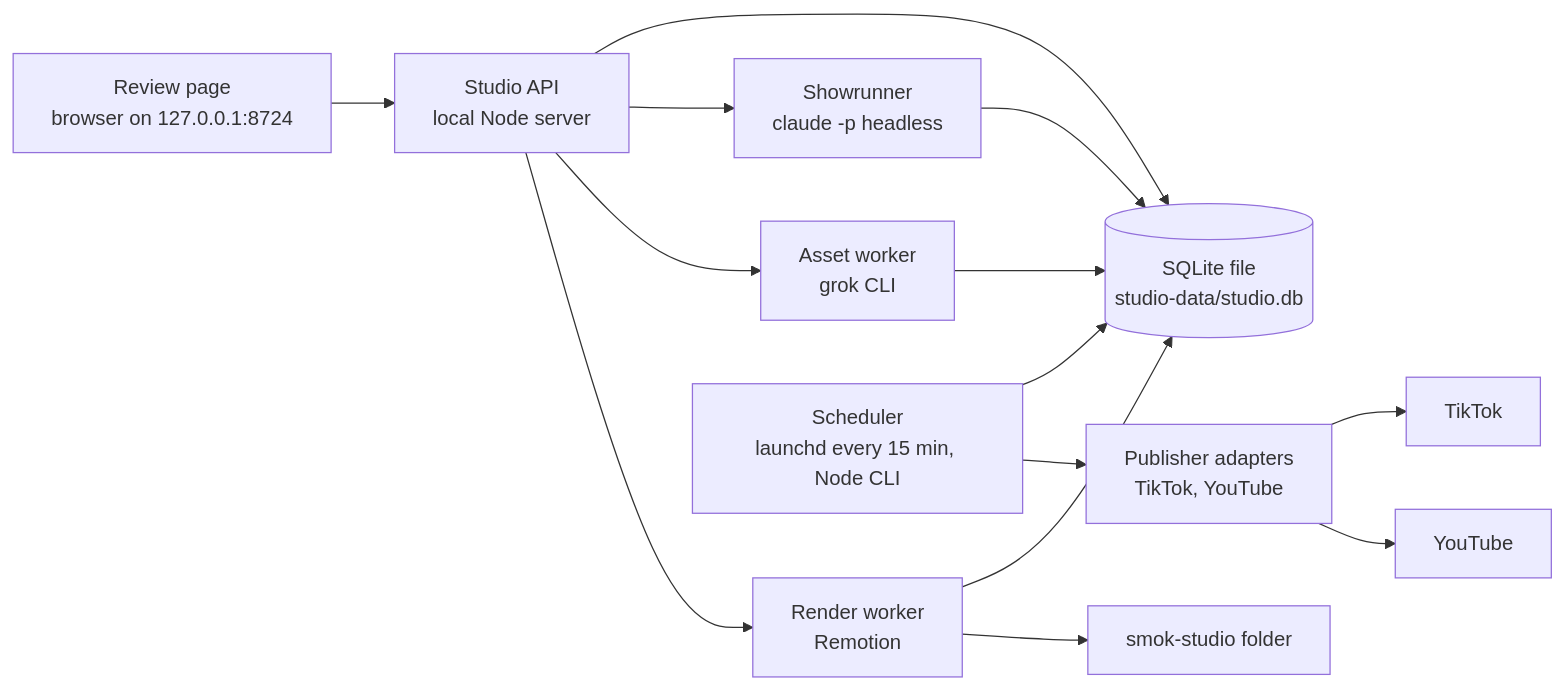
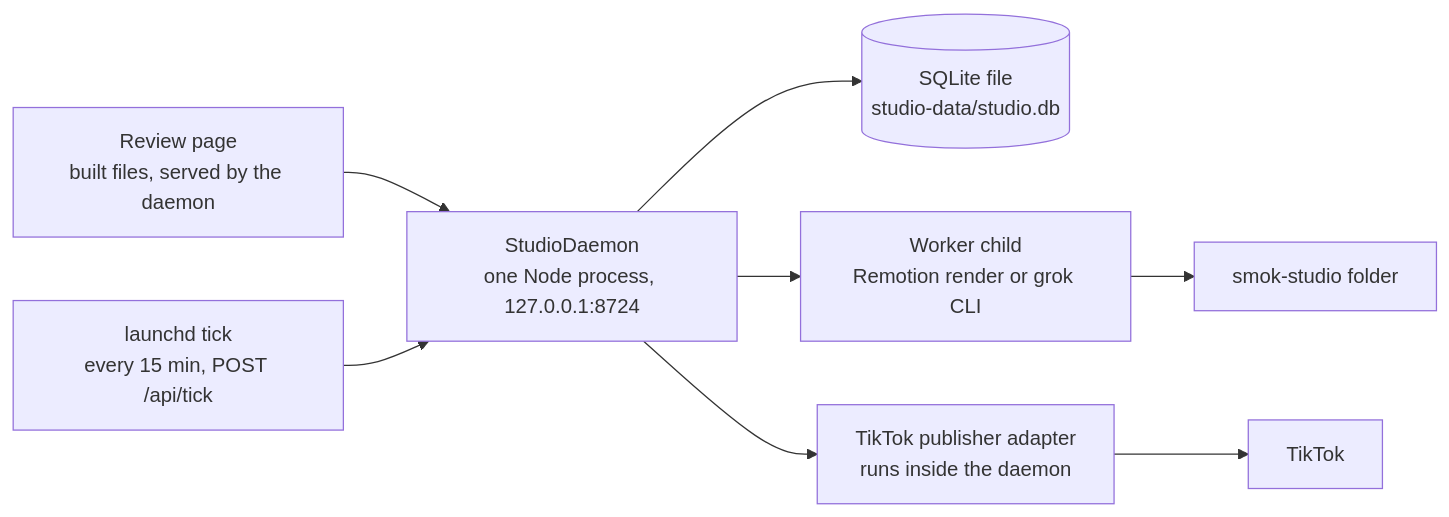
Before and after one commit to hrco/_smokrates-studio: the second of 2 diagrams in docs/architecture.md, drawn with Mermaid. The commit also changed other lines of this file and 15 other files, not shown here.

First line of the commit message:
docs: cut cycle 1 to one daemon per architecture review

````diff
--- a/docs/architecture.md
+++ b/docs/architecture.md
@@ -57,27 +54,18 @@
 ```mermaid
 flowchart LR
-  browser[Review page<br/>browser on 127.0.0.1:8724]
-  api[Studio API<br/>local Node server]
+  browser[Review page<br/>built files, served by the daemon]
+  tick[launchd tick<br/>every 15 min, POST /api/tick]
+  daemon[StudioDaemon<br/>one Node process, 127.0.0.1:8724]
   db[(SQLite file<br/>studio-data/studio.db)]
-  render[Render worker<br/>Remotion]
-  assets[Asset worker<br/>grok CLI]
-  show[Showrunner<br/>claude -p headless]
-  sched[Scheduler<br/>launchd every 15 min, Node CLI]
-  pub[Publisher adapters<br/>TikTok, YouTube]
+  worker[Worker child<br/>Remotion render or grok CLI]
+  pub[TikTok publisher adapter<br/>runs inside the daemon]
   smok[smok-studio folder]
   tiktok[TikTok]
-  youtube[YouTube]
-  browser --> api
-  api --> db
-  api --> show
-  api --> assets
-  api --> render
-  sched --> db
-  sched --> pub
+  browser --> daemon
+  tick --> daemon
+  daemon --> db
+  daemon --> worker
+  daemon --> pub
+  worker --> smok
   pub --> tiktok
-  pub --> youtube
-  show --> db
-  assets --> db
-  render --> db
-  render --> smok
 ```
````
